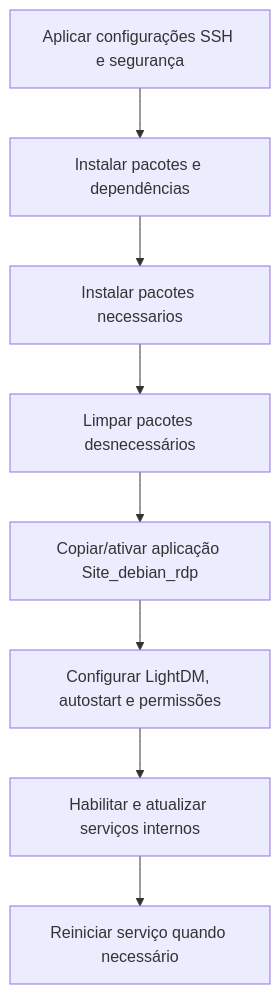
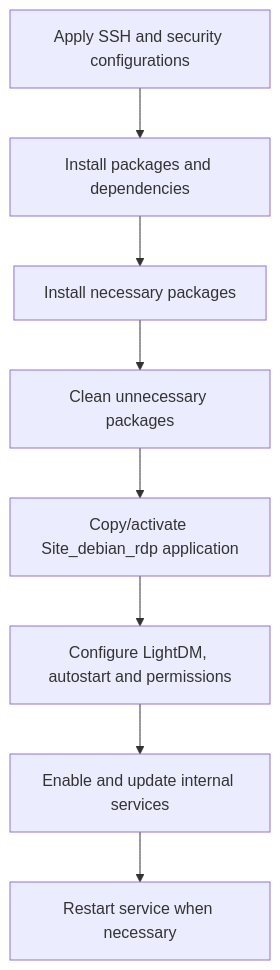
The diagram in README.md (Theo-Panella/Project_AOC), drawn with Mermaid before and after one commit. The commit also changed other lines of this file, not shown here.

````diff
--- a/README.md
+++ b/README.md
@@ -41,10 +41,10 @@
 ```mermaid
 flowchart TD
-    A[Aplicar configurações SSH e segurança] --> B[Instalar pacotes e dependências]
-    B --> C[Instalar pacotes necessarios]
-    C --> D[Limpar pacotes desnecessários]
-    D --> E[Copiar/ativar aplicação Site_debian_rdp]
-    E --> F[Configurar LightDM, autostart e permissões]
-    F --> G[Habilitar e atualizar serviços internos]
-    G --> H[Reiniciar serviço quando necessário]
+    A[Apply SSH and security configurations] --> B[Install packages and dependencies]
+    B --> C[Install necessary packages]
+    C --> D[Clean unnecessary packages]
+    D --> E[Copy/activate Site_debian_rdp application]
+    E --> F[Configure LightDM, autostart and permissions]
+    F --> G[Enable and update internal services]
+    G --> H[Restart service when necessary]
 ```
````
